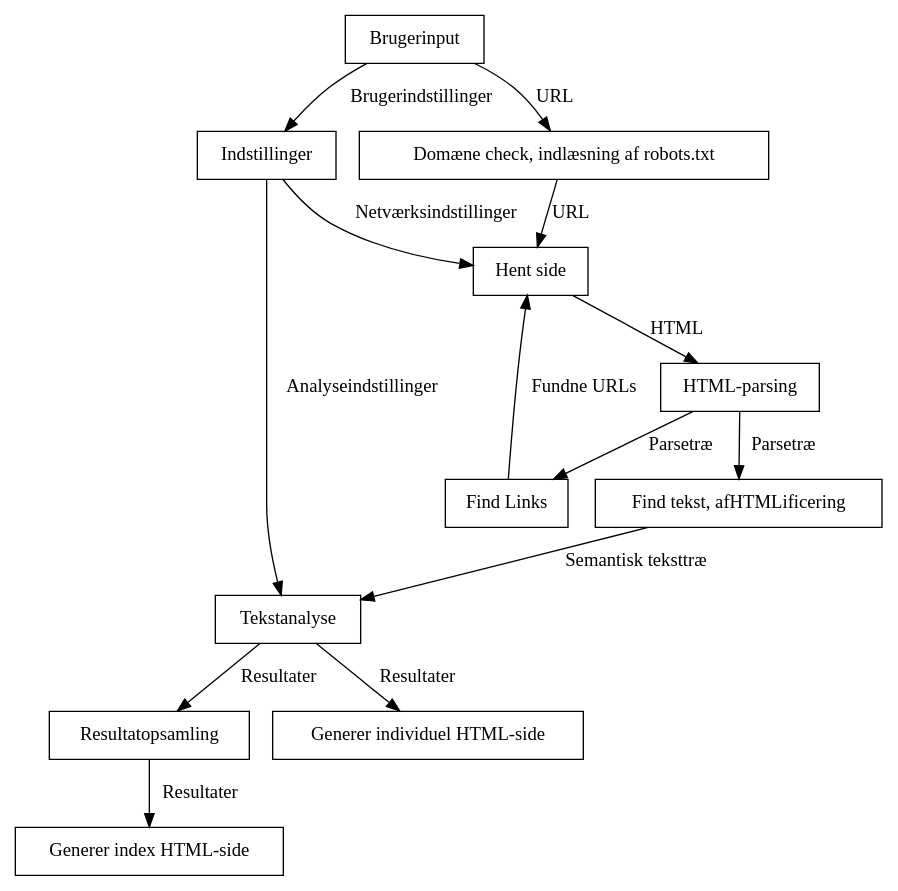
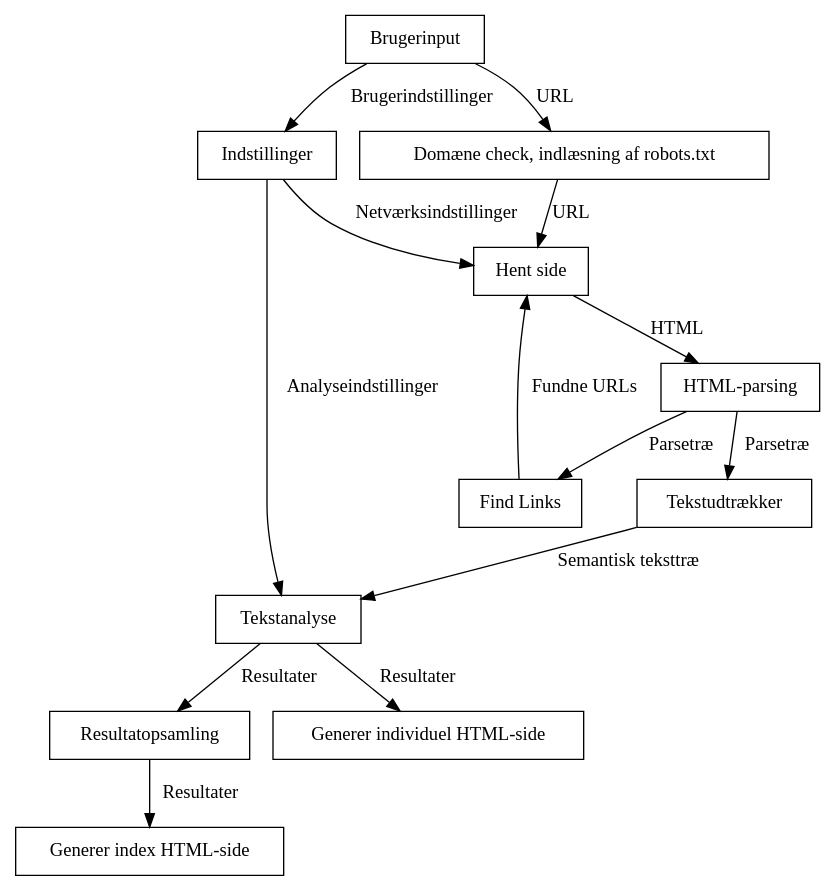
One commit to athas/webanalyzer changed the diagram in rapport/endeligtdesign.dot. Above: the diagram before and after it, drawn with Graphviz. The commit also changed 1 other file, not shown here.

```diff
--- a/rapport/endeligtdesign.dot
+++ b/rapport/endeligtdesign.dot
@@ -1,36 +1,36 @@
 digraph g
 {
 //size="8,11"
 //margin=5
 //rankdir="LR";
 node[shape=box];
 //edge[arrowsize=0.7, len=0.7]
 
 Brugerinput[label="Brugerinput"];
 Indstillinger[label="Indstillinger"];
 ParseSide[label="HTML-parsing"];
 HentSide[label="Hent side"];
 FindLinks[label="Find Links"];
-afHTMLificering[label="Find tekst, afHTMLificering"];
+afHTMLificering[label="Tekstudtrækker"];
 Tekstanalyse[label="Tekstanalyse"]
 
 Brugerinput -> "Domæne check, indlæsning af robots.txt"
             -> HentSide [label="URL"];
 Brugerinput -> Indstillinger [label="Brugerindstillinger"];
 
 Indstillinger -> Tekstanalyse [label="Analyseindstillinger"];
 Indstillinger -> HentSide [label="Netværksindstillinger"];
 
 FindLinks -> HentSide [label="Fundne URLs"]
 
 HentSide -> ParseSide [label="HTML"];
 
 
 ParseSide -> afHTMLificering [label="Parsetræ"];
 ParseSide -> FindLinks [label="Parsetræ"]
 
 afHTMLificering -> Tekstanalyse [label="Semantisk teksttræ"];
 Tekstanalyse -> "Resultatopsamling" -> "Generer index HTML-side" [label="Resultater"]
 Tekstanalyse -> "Generer individuel HTML-side" [label="Resultater"]
 
 }
```
